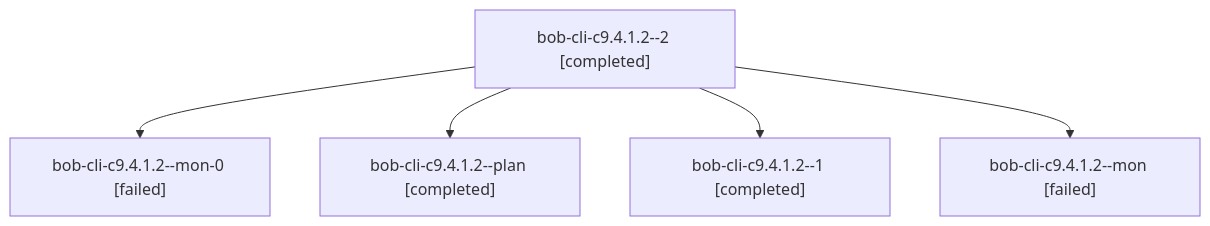
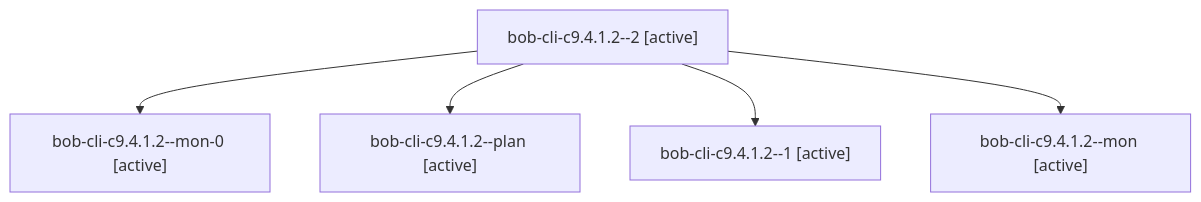
Before and after one commit to bobs-org/bob-cli--agents: the diagram in sessions/bbugyi200.athena.bob-cli-c9.4.1.2.md, drawn with Mermaid. The commit also changed other lines of this file and 107 other files, not shown here.

````diff
--- a/sessions/bbugyi200.athena.bob-cli-c9.4.1.2.md
+++ b/sessions/bbugyi200.athena.bob-cli-c9.4.1.2.md
@@ -9,12 +9,12 @@
 ```mermaid
 flowchart TD
-  n0["bob-cli-c9.4.1.2--2 [completed]"]
-  n1["bob-cli-c9.4.1.2--mon-0 [failed]"]
+  n0["bob-cli-c9.4.1.2--2 [active]"]
+  n1["bob-cli-c9.4.1.2--mon-0 [active]"]
   n0 --> n1
-  n2["bob-cli-c9.4.1.2--plan [completed]"]
+  n2["bob-cli-c9.4.1.2--plan [active]"]
   n0 --> n2
-  n3["bob-cli-c9.4.1.2--1 [completed]"]
+  n3["bob-cli-c9.4.1.2--1 [active]"]
   n0 --> n3
-  n4["bob-cli-c9.4.1.2--mon [failed]"]
+  n4["bob-cli-c9.4.1.2--mon [active]"]
   n0 --> n4
 ```
````
